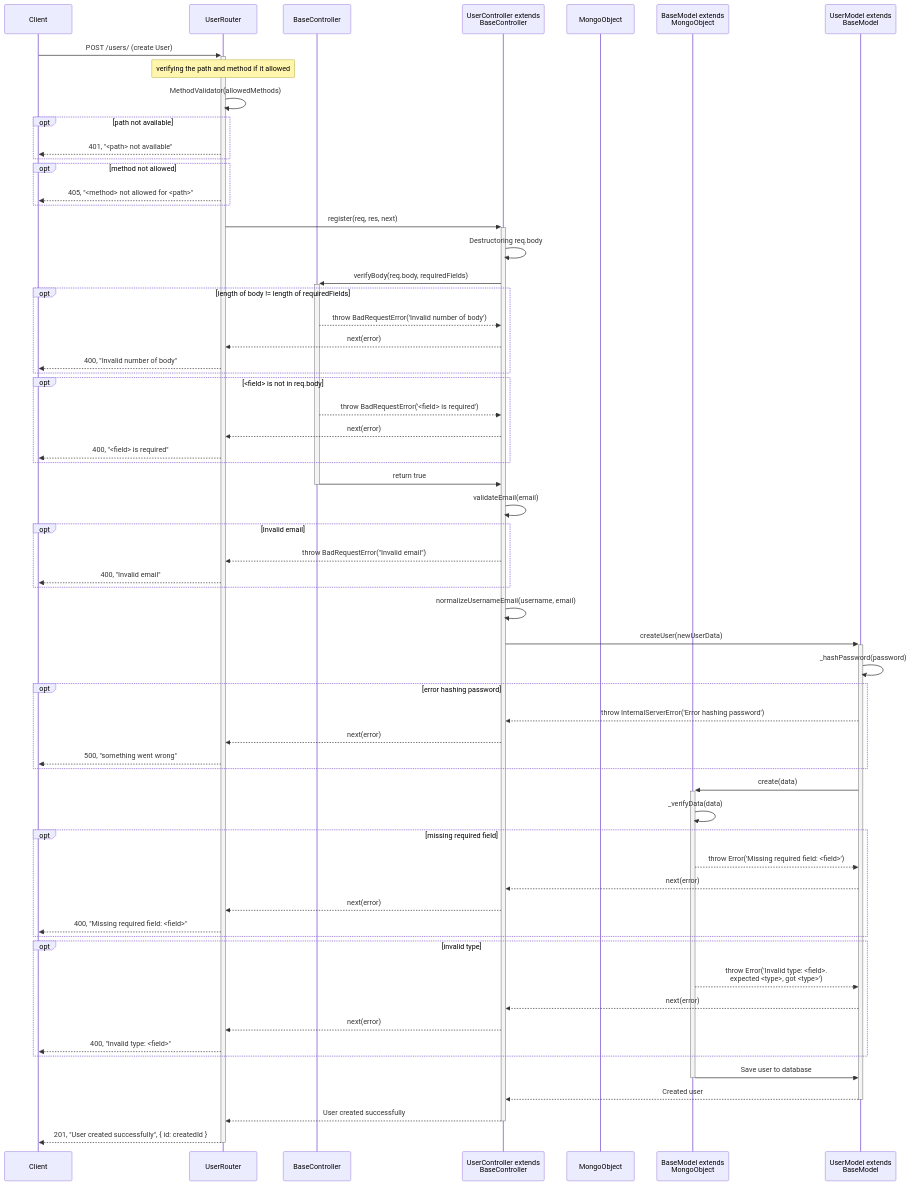
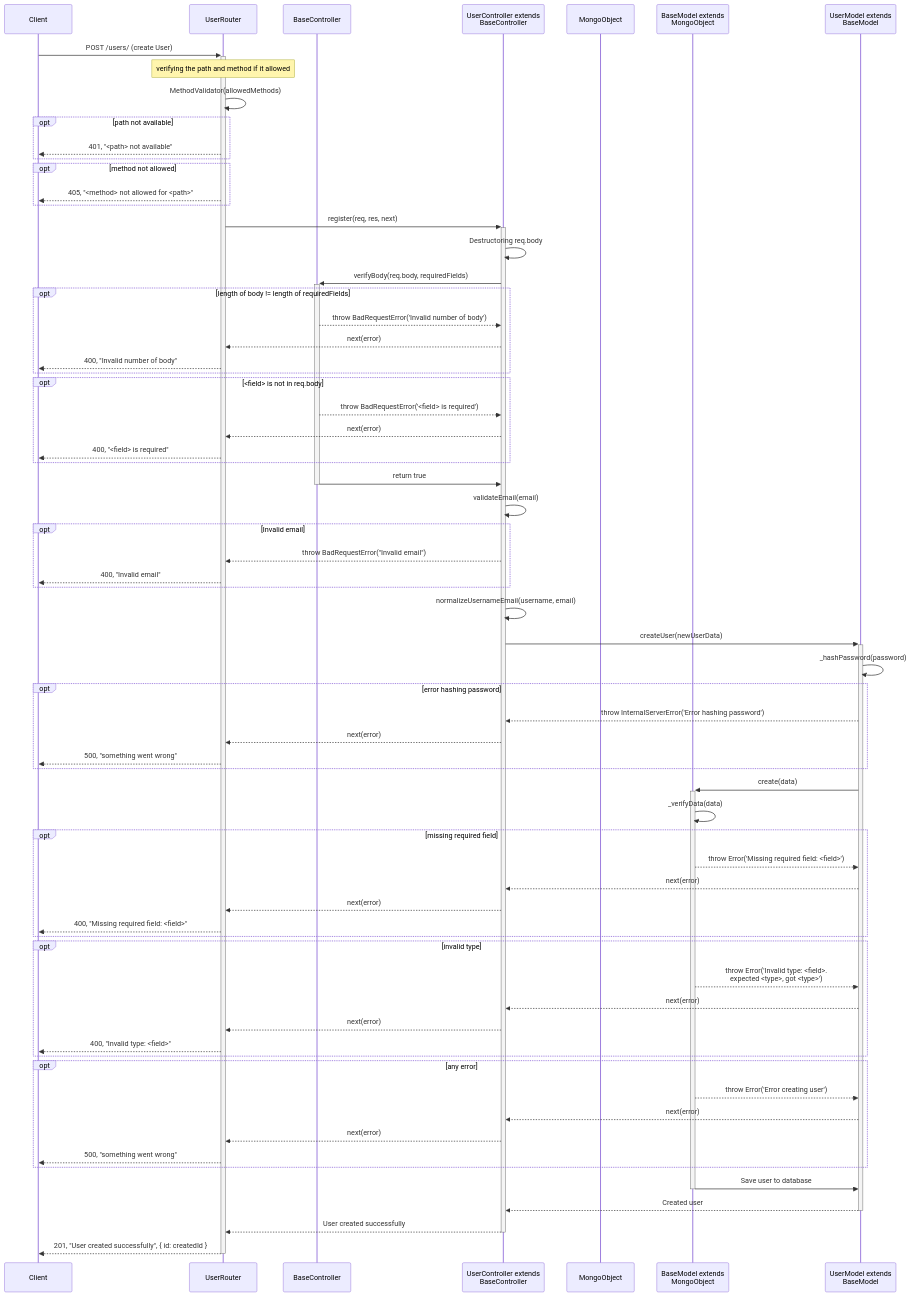
Before and after one commit to SawatKia/WealthTracking: the diagram in design/newClassesDesign/UserManagement/create.mmd, drawn with Mermaid. The commit also changed 3 other files, not shown here.

Commit message:
Refactor UserManagement to improve error handling and authorized user via middleware before do anything

```diff
--- a/design/newClassesDesign/UserManagement/create.mmd
+++ b/design/newClassesDesign/UserManagement/create.mmd
@@ -1,64 +1,70 @@
 sequenceDiagram
     participant Client
     participant UserRouter as UserRouter
     participant BaseCont as BaseController
     participant UserCont as UserController extends<br> BaseController
     participant MongoObject as MongoObject
     participant BaseModel as BaseModel extends<br> MongoObject
     participant Model as UserModel extends<br> BaseModel
 
     %% Create User
     Client->>+UserRouter: POST /users/ (create User)
     Note over UserRouter : verifying the path and method if it allowed
     UserRouter->>UserRouter: MethodValidator(allowedMethods)
     opt path not available
         UserRouter-->>Client: 401, "<path> not available"
     end
     opt method not allowed
         UserRouter-->>Client: 405, "<method> not allowed for <path>"
     end
     UserRouter->>+UserCont: register(req, res, next)
     UserCont->>UserCont: Destructoring req.body
     UserCont->>+BaseCont: verifyBody(req.body, requiredFields)
     opt length of body != length of requiredFields
         BaseCont-->>UserCont: throw BadRequestError('Invalid number of body')
         UserCont-->>UserRouter: next(error)
         UserRouter-->>Client: 400, "Invalid number of body"
     end
     opt <field> is not in req.body
         BaseCont-->>UserCont: throw BadRequestError('<field> is required')
         UserCont-->>UserRouter: next(error)
         UserRouter-->>Client: 400, "<field> is required"
     end
     BaseCont->>-UserCont: return true
     UserCont->>UserCont: validateEmail(email)
     opt Invalid email
         UserCont-->>UserRouter: throw BadRequestError("Invalid email")
         UserRouter-->>Client: 400, "Invalid email"
     end
     UserCont->>UserCont: normalizeUsernameEmail(username, email)
     UserCont->>+Model: createUser(newUserData)
     Model->>Model: _hashPassword(password)
     opt error hashing password
         Model-->>UserCont: throw InternalServerError('Error hashing password')
         UserCont-->>UserRouter: next(error)
         UserRouter-->>Client: 500, "something went wrong"
     end
     Model->>+BaseModel: create(data)
     BaseModel->>BaseModel: _verifyData(data)
     opt missing required field
         BaseModel-->>Model: throw Error('Missing required field: <field>')
         Model-->>UserCont: next(error)
         UserCont-->>UserRouter: next(error)
         UserRouter-->>Client: 400, "Missing required field: <field>"
     end
     opt invalid type
         BaseModel-->>Model: throw Error('Invalid type: <field>.<br>expected <type>, got <type>')
         Model-->>UserCont: next(error)
         UserCont-->>UserRouter: next(error)
         UserRouter-->>Client: 400, "Invalid type: <field>"
     end
+    opt any error
+        BaseModel-->>Model: throw Error('Error creating user')
+        Model-->>UserCont: next(error)
+        UserCont-->>UserRouter: next(error)
+        UserRouter-->>Client: 500, "something went wrong" 
+    end
     BaseModel->>-Model: Save user to database
     Model-->>-UserCont: Created user
     UserCont-->>-UserRouter: User created successfully
     UserRouter-->>-Client: 201, "User created successfully", { id: createdId }
```
